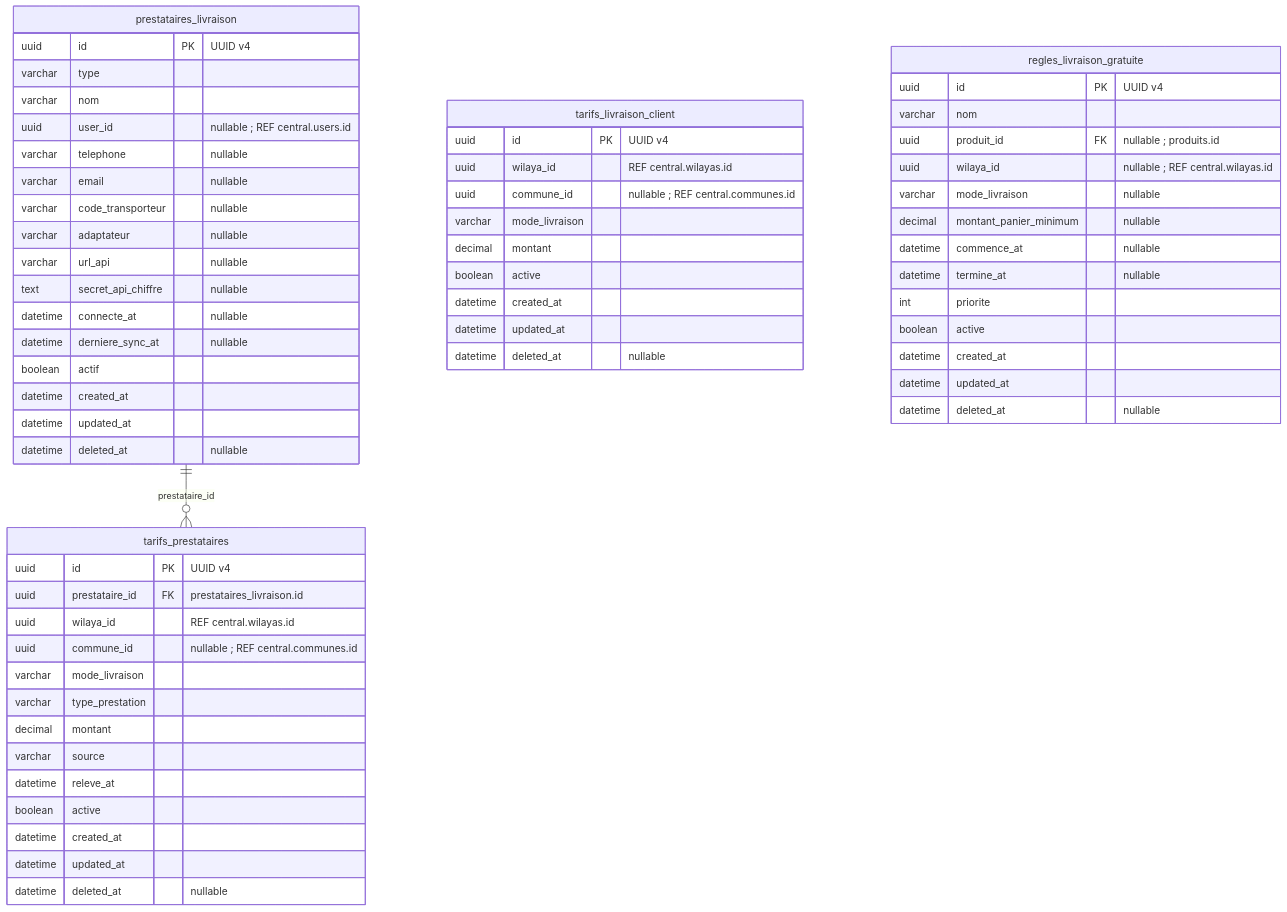
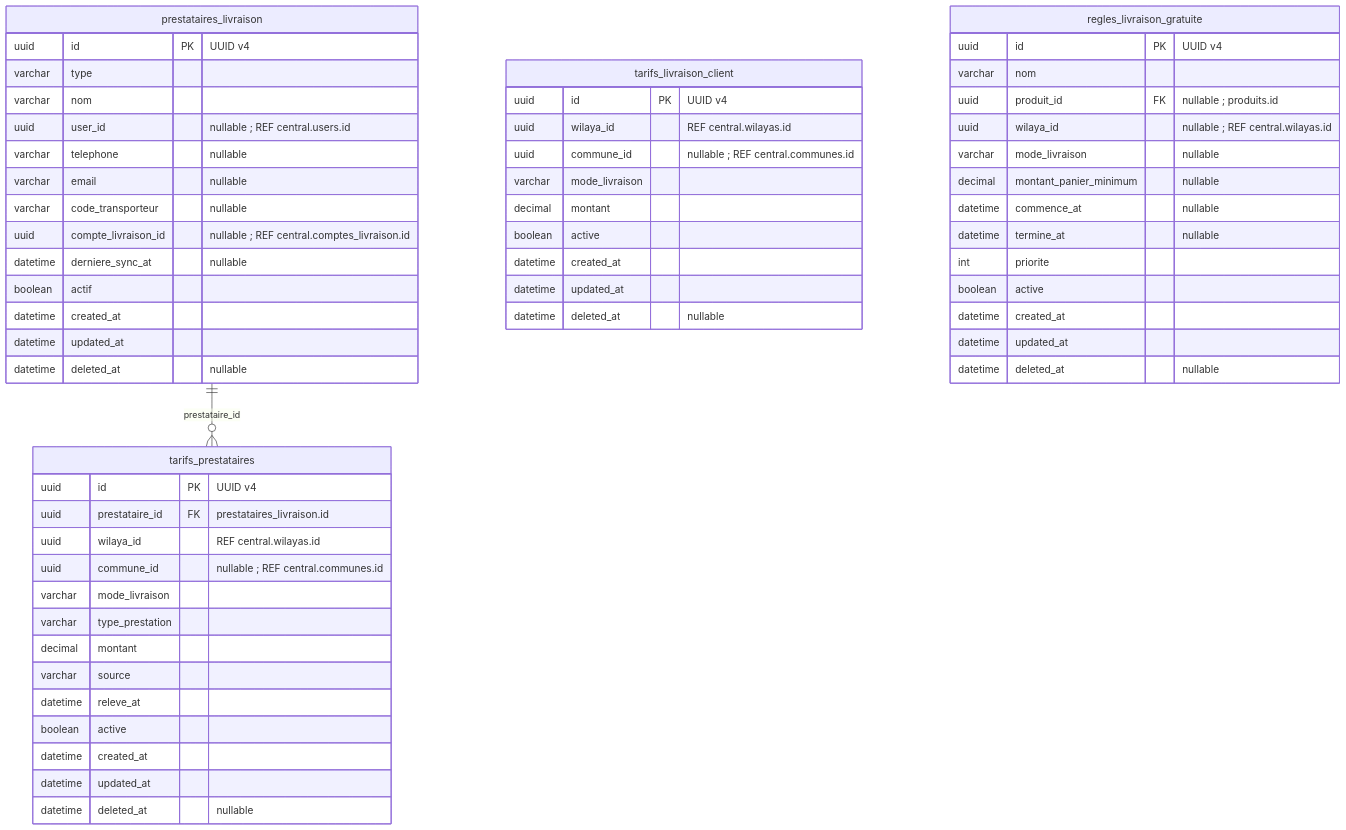
One commit to unitealfa/saas-ecom changed diagram 19 of 26 in Schema-BDD-SaaS-Ecommerce-UUID.md. Above: the diagram before and after it, drawn with Mermaid. The commit also changed other lines of this file, not shown here.

````diff
--- a/Schema-BDD-SaaS-Ecommerce-UUID.md
+++ b/Schema-BDD-SaaS-Ecommerce-UUID.md
@@ -1266,64 +1442,61 @@
 ```mermaid
 erDiagram
     direction TB
     prestataires_livraison {
         uuid id PK "UUID v4"
         varchar type
         varchar nom
         uuid user_id "nullable ; REF central.users.id"
         varchar telephone "nullable"
         varchar email "nullable"
         varchar code_transporteur "nullable"
-        varchar adaptateur "nullable"
-        varchar url_api "nullable"
-        text secret_api_chiffre "nullable"
-        datetime connecte_at "nullable"
+        uuid compte_livraison_id "nullable ; REF central.comptes_livraison.id"
         datetime derniere_sync_at "nullable"
         boolean actif
         datetime created_at
         datetime updated_at
         datetime deleted_at "nullable"
     }
     tarifs_livraison_client {
         uuid id PK "UUID v4"
         uuid wilaya_id "REF central.wilayas.id"
         uuid commune_id "nullable ; REF central.communes.id"
         varchar mode_livraison
         decimal montant
         boolean active
         datetime created_at
         datetime updated_at
         datetime deleted_at "nullable"
     }
     tarifs_prestataires {
         uuid id PK "UUID v4"
         uuid prestataire_id FK "prestataires_livraison.id"
         uuid wilaya_id "REF central.wilayas.id"
         uuid commune_id "nullable ; REF central.communes.id"
         varchar mode_livraison
         varchar type_prestation
         decimal montant
         varchar source
         datetime releve_at
         boolean active
         datetime created_at
         datetime updated_at
         datetime deleted_at "nullable"
     }
     regles_livraison_gratuite {
         uuid id PK "UUID v4"
         varchar nom
         uuid produit_id FK "nullable ; produits.id"
         uuid wilaya_id "nullable ; REF central.wilayas.id"
         varchar mode_livraison "nullable"
         decimal montant_panier_minimum "nullable"
         datetime commence_at "nullable"
         datetime termine_at "nullable"
         int priorite
         boolean active
         datetime created_at
         datetime updated_at
         datetime deleted_at "nullable"
     }
     prestataires_livraison ||--o{ tarifs_prestataires : prestataire_id
 ```
````
